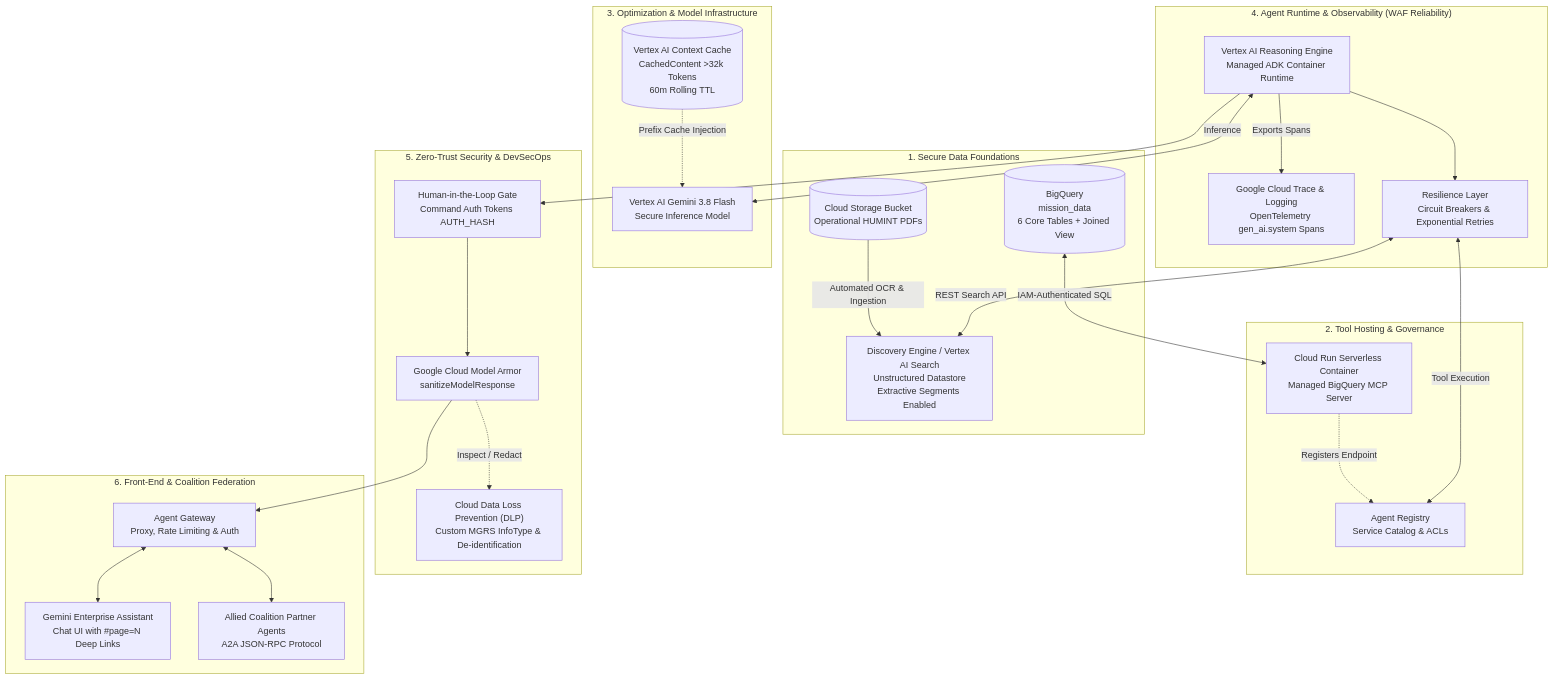
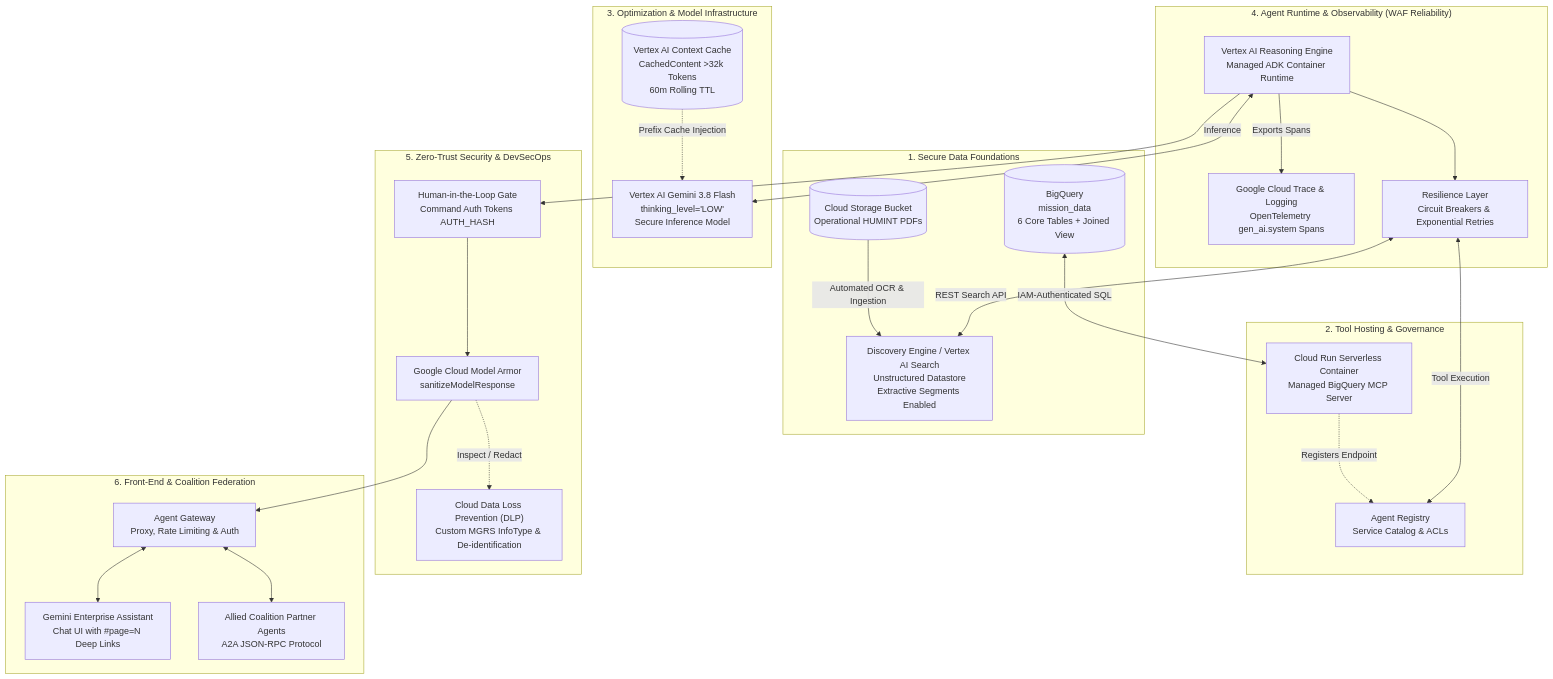
The diagram in docs/Architecture.md (edwardsda-prog/Intelligence-Agent), drawn with Mermaid before and after one commit. The commit also changed other lines of this file and 18 other files, not shown here.

````diff
--- a/docs/Architecture.md
+++ b/docs/Architecture.md
@@ -7,54 +7,54 @@
 ```mermaid
 flowchart TD
     subgraph DataLayer["1. Secure Data Foundations"]
         BQ[("BigQuery<br/>mission_data<br/>6 Core Tables + Joined View")]
         GCS[("Cloud Storage Bucket<br/>Operational HUMINT PDFs")]
         DE["Discovery Engine / Vertex AI Search<br/>Unstructured Datastore<br/>Extractive Segments Enabled"]
         GCS -->|Automated OCR & Ingestion| DE
     end
 
     subgraph ToolGovernance["2. Tool Hosting & Governance"]
         CR["Cloud Run Serverless Container<br/>Managed BigQuery MCP Server"]
         AR["Agent Registry<br/>Service Catalog & ACLs"]
         CR -.->|Registers Endpoint| AR
         BQ <-->|IAM-Authenticated SQL| CR
     end
 
     subgraph CachingAndModels["3. Optimization & Model Infrastructure"]
         V_CACHE[("Vertex AI Context Cache<br/>CachedContent &gt;32k Tokens<br/>60m Rolling TTL")]
-        GEMINI["Vertex AI Gemini 3.8 Flash<br/>Secure Inference Model"]
+        GEMINI["Vertex AI Gemini 3.8 Flash<br/>thinking_level='LOW'<br/>Secure Inference Model"]
         V_CACHE -.->|Prefix Cache Injection| GEMINI
     end
 
     subgraph AgentRuntime["4. Agent Runtime & Observability (WAF Reliability)"]
         RE["Vertex AI Reasoning Engine<br/>Managed ADK Container Runtime"]
         OTEL["Google Cloud Trace & Logging<br/>OpenTelemetry gen_ai.system Spans"]
         CB["Resilience Layer<br/>Circuit Breakers & Exponential Retries"]
         
         RE -->|Exports Spans| OTEL
         RE <-->|Inference| GEMINI
         RE --> CB
         CB <-->|Tool Execution| AR
         CB <-->|REST Search API| DE
     end
 
     subgraph SecurityLayer["5. Zero-Trust Security & DevSecOps"]
         HITL["Human-in-the-Loop Gate<br/>Command Auth Tokens AUTH_HASH"]
         MA["Google Cloud Model Armor<br/>sanitizeModelResponse"]
         DLP["Cloud Data Loss Prevention (DLP)<br/>Custom MGRS InfoType & De-identification"]
         
         RE --> HITL
         HITL --> MA
         MA -.->|Inspect / Redact| DLP
     end
 
     subgraph OperationalFrontEnd["6. Front-End & Coalition Federation"]
         GW["Agent Gateway<br/>Proxy, Rate Limiting & Auth"]
         GE["Gemini Enterprise Assistant<br/>Chat UI with #page=N Deep Links"]
         COALITION["Allied Coalition Partner Agents<br/>A2A JSON-RPC Protocol"]
         
         MA --> GW
         GW <--> GE
         GW <--> COALITION
     end
 ```
````
